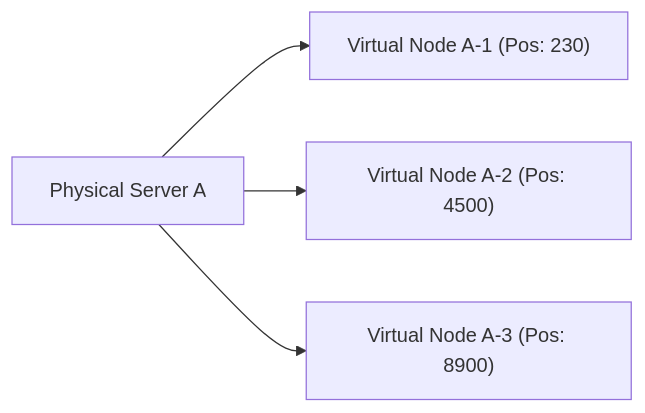
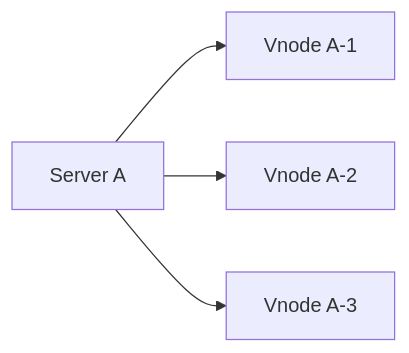
Before and after one commit to Sourav108/strivers-lld: the third of 5 diagrams in strivers-hld/07-Data-Partitioning-and-Consistent-Hashing/README.md, drawn with Mermaid. The commit also changed other lines of this file and 39 other files, not shown here.

Commit message:
fix(mermaid): wrap node labels, simplify diamonds, and reformat wide diagrams for perfect GitHub rendering

````diff
--- a/strivers-hld/07-Data-Partitioning-and-Consistent-Hashing/README.md
+++ b/strivers-hld/07-Data-Partitioning-and-Consistent-Hashing/README.md
@@ -49,6 +55,6 @@
 ```mermaid
 flowchart LR
-    Physical["Physical Server A"] --> V1["Virtual Node A-1 (Pos: 230)"]
-    Physical --> V2["Virtual Node A-2 (Pos: 4500)"]
-    Physical --> V3["Virtual Node A-3 (Pos: 8900)"]
+    Physical["Server A"] --> V1["Vnode A-1"]
+    Physical --> V2["Vnode A-2"]
+    Physical --> V3["Vnode A-3"]
 ```
````
